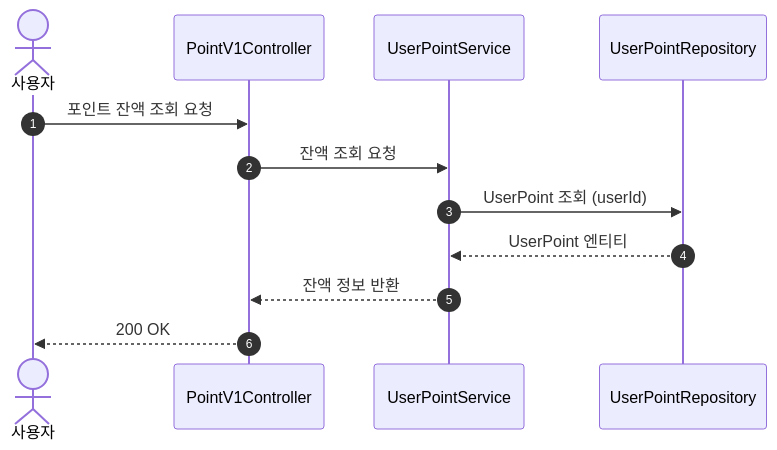
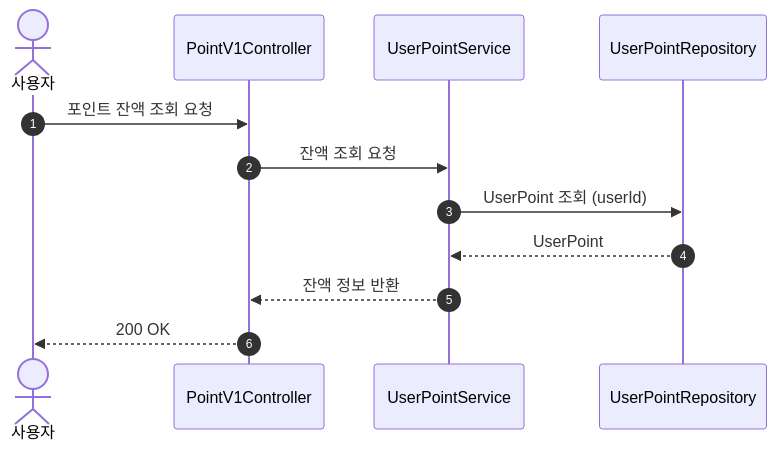
Before and after one commit to Loopers-dev-lab/loop-pack-be-l2-vol3-kotlin: diagram 25 of 26 in docs/design/02-sequence-diagrams.md, drawn with Mermaid. The commit also changed other lines of this file and 6 other files, not shown here.

````diff
--- a/docs/design/02-sequence-diagrams.md
+++ b/docs/design/02-sequence-diagrams.md
@@ -746,14 +745,14 @@
 ```mermaid
 sequenceDiagram
     autonumber
     actor User as 사용자
     participant C as PointV1Controller
     participant UPS as UserPointService
     participant R as UserPointRepository
     User ->> C: 포인트 잔액 조회 요청
     C ->> UPS: 잔액 조회 요청
     UPS ->> R: UserPoint 조회 (userId)
-    R -->> UPS: UserPoint 엔티티
+    R -->> UPS: UserPoint
     UPS -->> C: 잔액 정보 반환
     C -->> User: 200 OK
 ```
````
